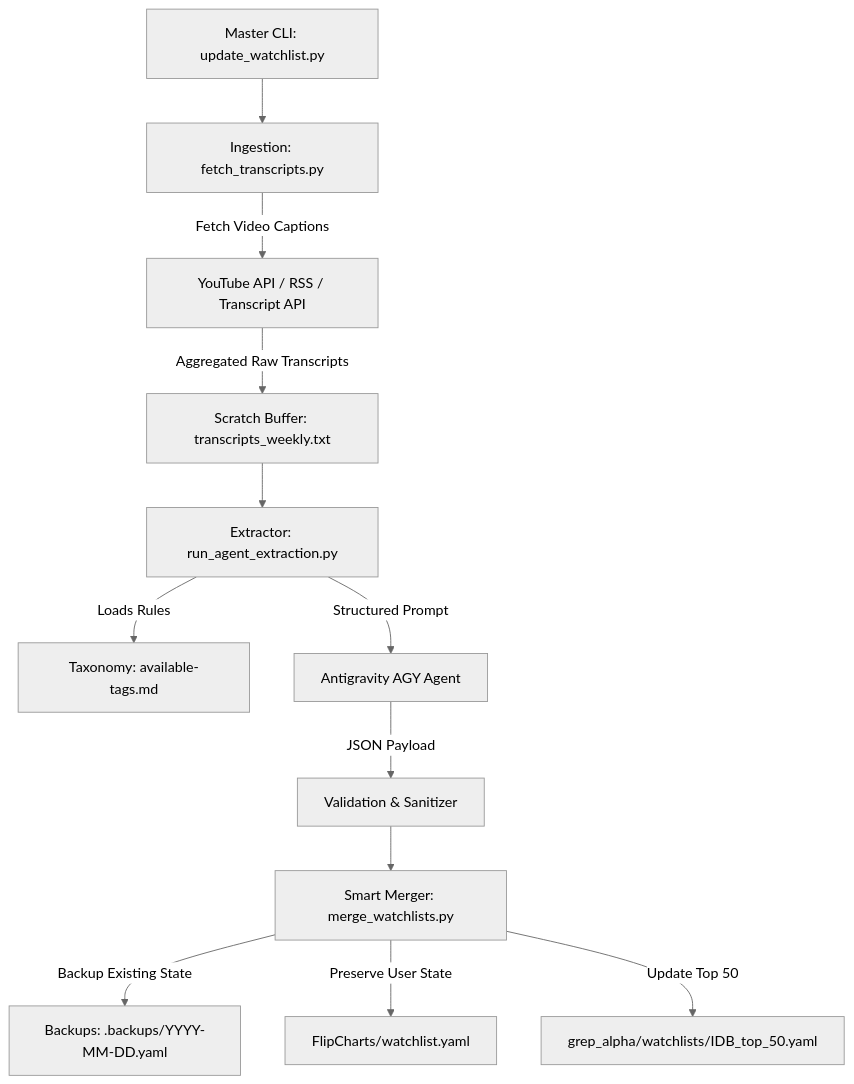
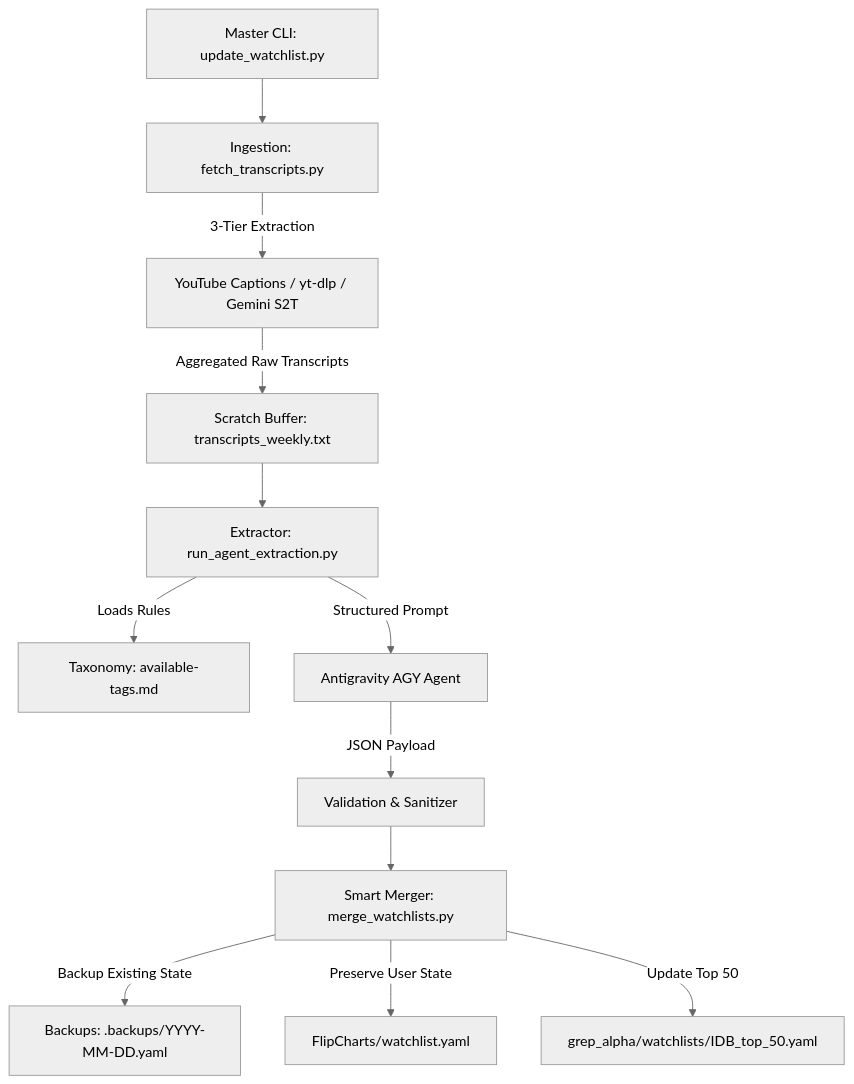
The diagram in update_pipeline/watchlist_pipeline_spec.md (common-guid/grep_alpha), drawn with Mermaid (neutral theme) before and after one commit. The commit also changed other lines of this file and 11 other files, not shown here.

````diff
--- a/update_pipeline/watchlist_pipeline_spec.md
+++ b/update_pipeline/watchlist_pipeline_spec.md
@@ -31,14 +31,14 @@
 ```mermaid
 flowchart TD
     A[Master CLI: update_watchlist.py] --> B[Ingestion: fetch_transcripts.py]
-    B -->|Fetch Video Captions| C[YouTube API / RSS / Transcript API]
+    B -->|3-Tier Extraction| C[YouTube Captions / yt-dlp / Gemini S2T]
     C -->|Aggregated Raw Transcripts| D[Scratch Buffer: transcripts_weekly.txt]
     D --> E[Extractor: run_agent_extraction.py]
     E -->|Loads Rules| F[Taxonomy: available-tags.md]
     E -->|Structured Prompt| G[Antigravity AGY Agent]
     G -->|JSON Payload| H[Validation & Sanitizer]
     H --> I[Smart Merger: merge_watchlists.py]
     I -->|Backup Existing State| J[Backups: .backups/YYYY-MM-DD.yaml]
     I -->|Preserve User State| K[FlipCharts/watchlist.yaml]
     I -->|Update Top 50| L[grep_alpha/watchlists/IDB_top_50.yaml]
 ```
````
